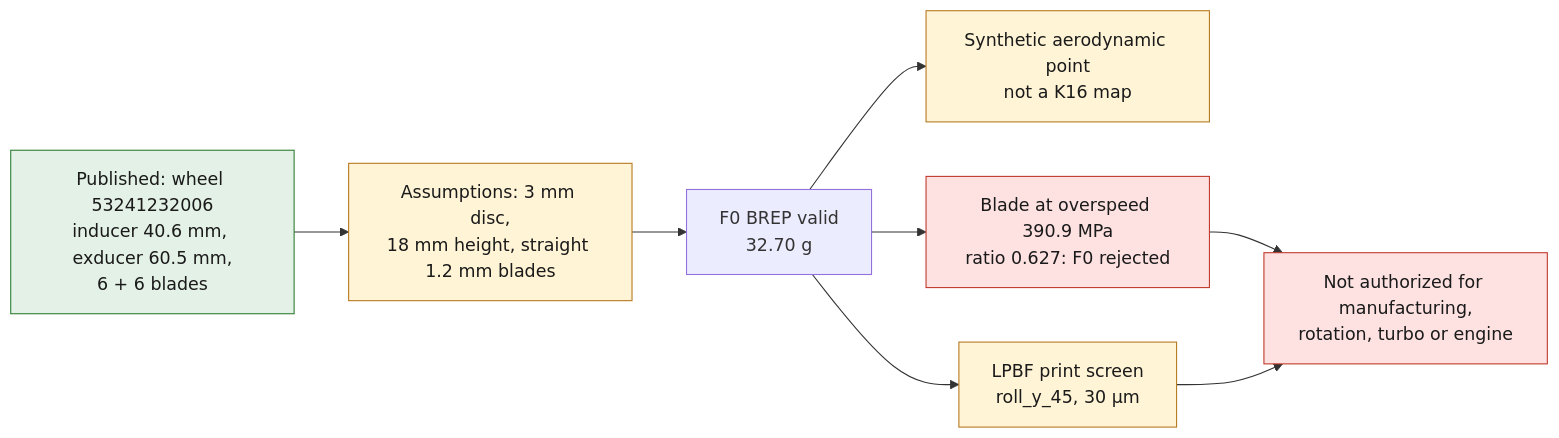
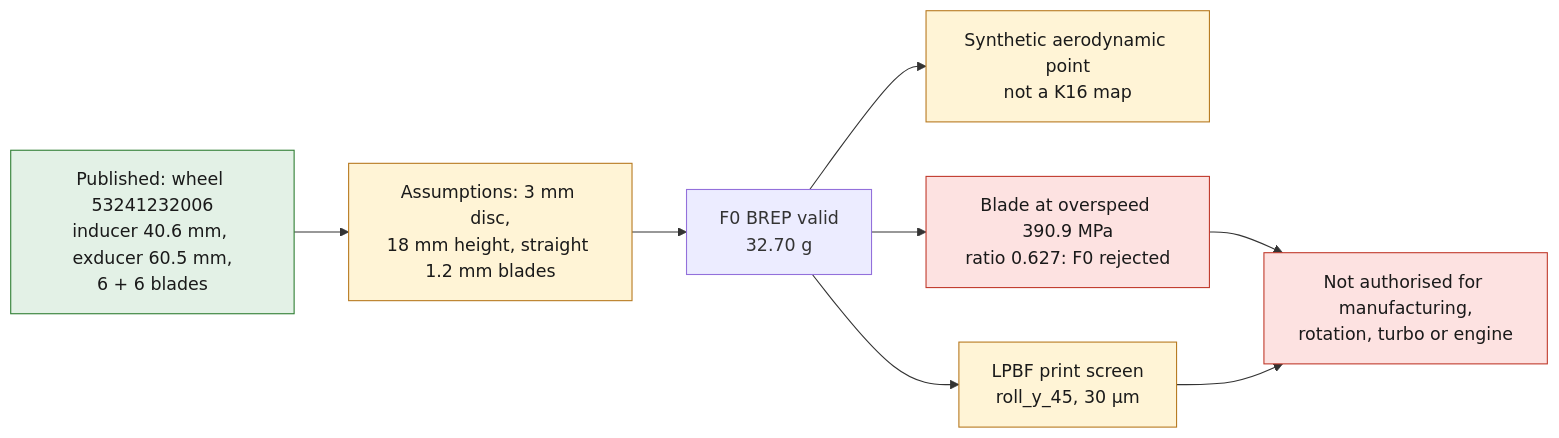
The diagram in docs/993/993_K16_COMPRESSOR_WHEEL_ALSI10MG_F0.md (cluster2600/porscheparts), drawn with Mermaid before and after one commit. The commit also changed other lines of this file and 480 other files, not shown here.

````diff
--- a/docs/993/993_K16_COMPRESSOR_WHEEL_ALSI10MG_F0.md
+++ b/docs/993/993_K16_COMPRESSOR_WHEEL_ALSI10MG_F0.md
@@ -13,16 +13,16 @@
 ```mermaid
 flowchart LR
   S["Published: wheel 53241232006<br/>inducer 40.6 mm, exducer 60.5 mm,<br/>6 + 6 blades"] --> H["Assumptions: 3 mm disc,<br/>18 mm height, straight 1.2 mm blades"]
   H --> G["F0 BREP valid<br/>32.70 g"]
   G --> A["Synthetic aerodynamic point<br/>not a K16 map"]
   G --> M["Blade at overspeed 390.9 MPa<br/>ratio 0.627: F0 rejected"]
   G --> P["LPBF print screen<br/>roll_y_45, 30 µm"]
-  M --> V["Not authorized for manufacturing,<br/>rotation, turbo or engine"]
+  M --> V["Not authorised for manufacturing,<br/>rotation, turbo or engine"]
   P --> V
   class S ok
   class H,A,P open
   class M,V stop
   classDef stop fill:#fde2e1,stroke:#c0392b,color:#1a1a1a;
   classDef ok fill:#e3f1e6,stroke:#2e7d32,color:#1a1a1a;
   classDef open fill:#fff4d6,stroke:#b7791f,color:#1a1a1a;
 ```
````
